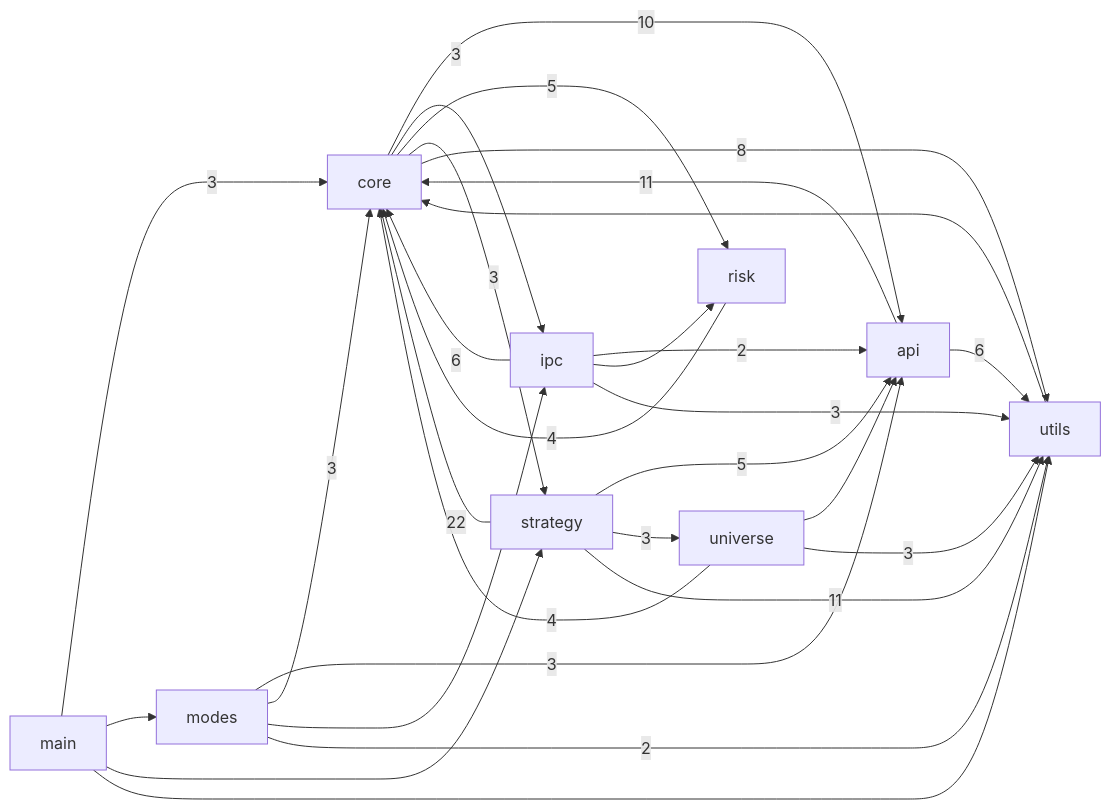
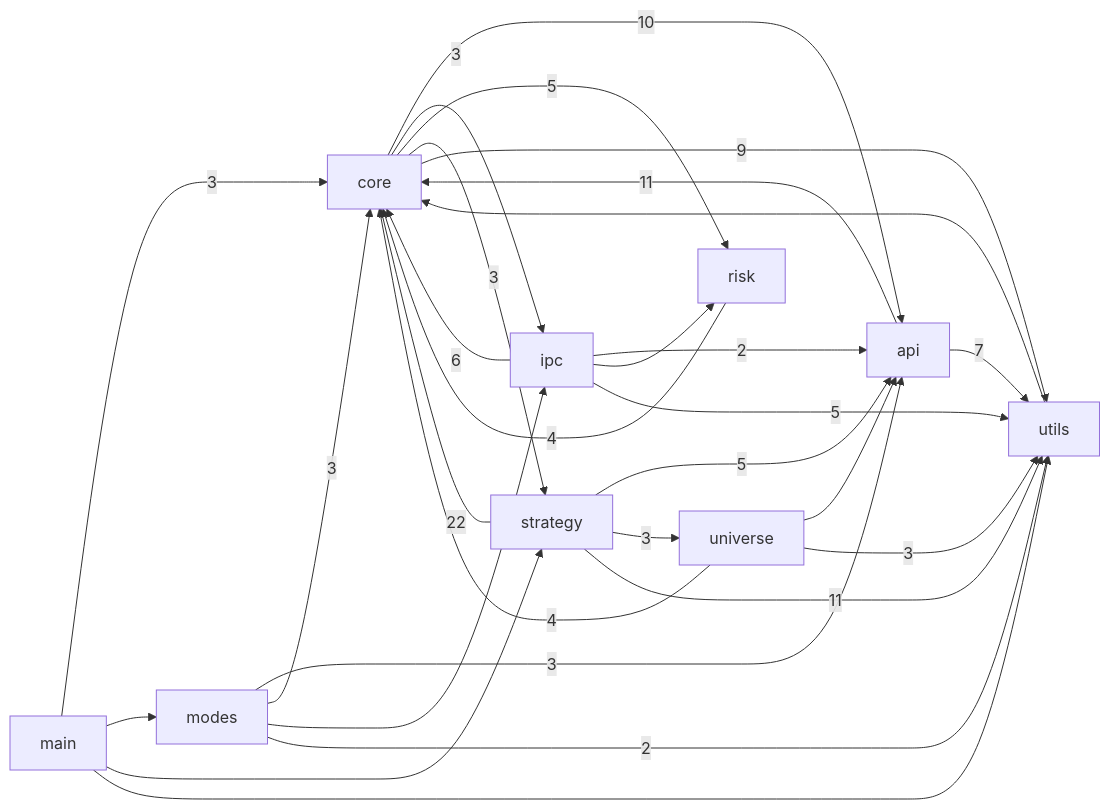
Before and after one commit to pypy8171/Quant: the first of 3 diagrams in docs/CODE_GRAPH.md, drawn with Mermaid. The commit also changed other lines of this file and 21 other files, not shown here.

````diff
--- a/docs/CODE_GRAPH.md
+++ b/docs/CODE_GRAPH.md
@@ -10,40 +10,40 @@
 ```mermaid
 graph LR
   main[main]
   modes[modes]
   core[core]
   strategy[strategy]
   api[api]
   universe[universe]
   risk[risk]
   ipc[ipc]
   utils[utils]
   api -->|11| core
-  api -->|6| utils
+  api -->|7| utils
   core -->|10| api
   core -->|3| ipc
   core -->|5| risk
   core -->|3| strategy
-  core -->|8| utils
+  core -->|9| utils
   ipc -->|2| api
   ipc -->|6| core
   ipc --> risk
-  ipc -->|3| utils
+  ipc -->|5| utils
   main -->|3| core
   main --> modes
   main --> strategy
   main --> utils
   modes -->|3| api
   modes -->|3| core
   modes --> ipc
   modes -->|2| utils
   risk -->|4| core
   strategy -->|5| api
   strategy -->|22| core
   strategy -->|3| universe
   strategy -->|11| utils
   universe --> api
   universe -->|4| core
   universe -->|3| utils
   utils --> core
 ```
````
